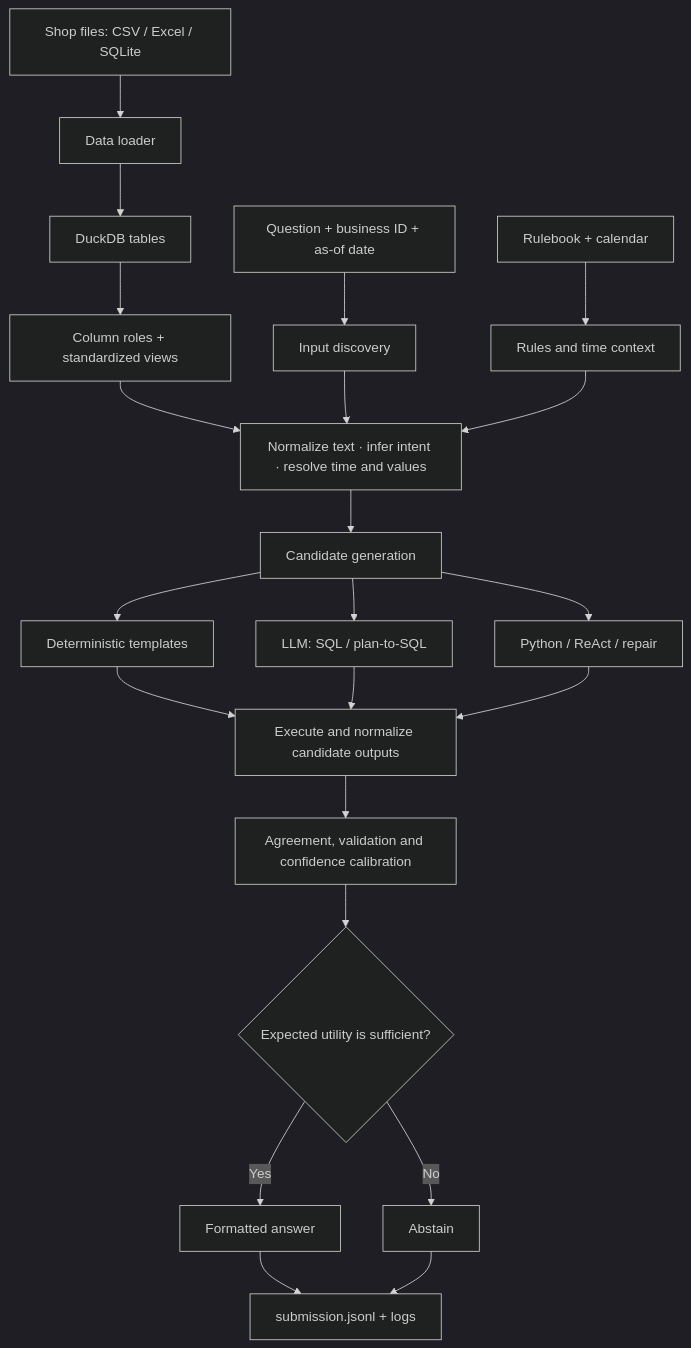
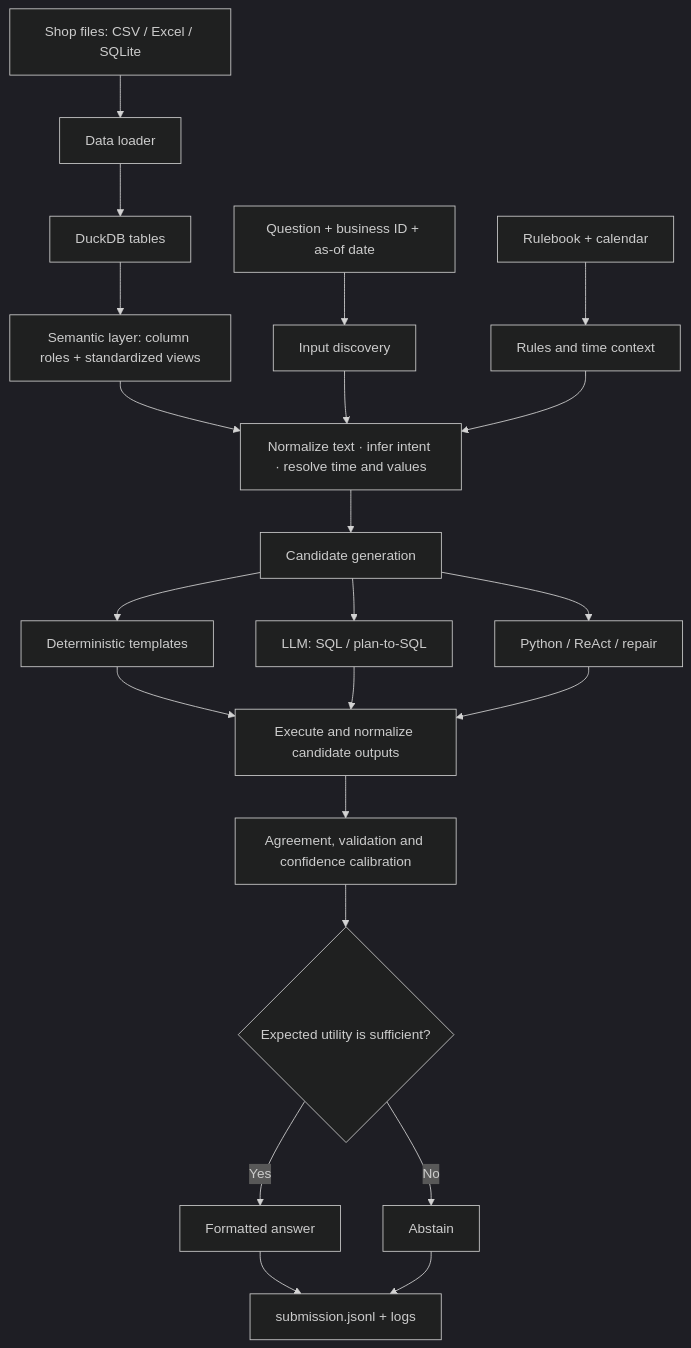
The diagram in README.md (AIVIETNAM-AIO-khaisiubeo/data-agent-ver1), drawn with Mermaid (dark theme) before and after one commit.

Commit message:
docs: refine architecture diagram

````diff
--- a/README.md
+++ b/README.md
@@ -20,24 +20,24 @@
 ```mermaid
 flowchart TD
     A["Question + business ID + as-of date"] --> B["Input discovery"]
     D["Shop files: CSV / Excel / SQLite"] --> C["Data loader"]
     R["Rulebook + calendar"] --> E["Rules and time context"]
     C --> F["DuckDB tables"]
-    F --> G["Semantic layer"]
-    G["Column roles + standardized views"] --> H["Question understanding"]
+    F --> G["Semantic layer: column roles + standardized views"]
+    G --> H["Question understanding"]
     B --> H
     E --> H
     H["Normalize text · infer intent · resolve time and values"] --> I["Candidate generation"]
     I --> I1["Deterministic templates"]
     I --> I2["LLM: SQL / plan-to-SQL"]
     I --> I3["Python / ReAct / repair"]
     I1 --> J["Execute and normalize candidate outputs"]
     I2 --> J
     I3 --> J
     J --> K["Agreement, validation and confidence calibration"]
     K --> L{"Expected utility is sufficient?"}
     L -->|Yes| M["Formatted answer"]
     L -->|No| N["Abstain"]
     M --> O["submission.jsonl + logs"]
     N --> O
 ```
````
